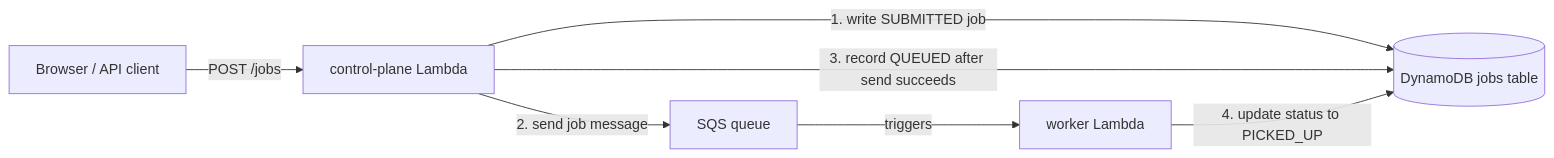
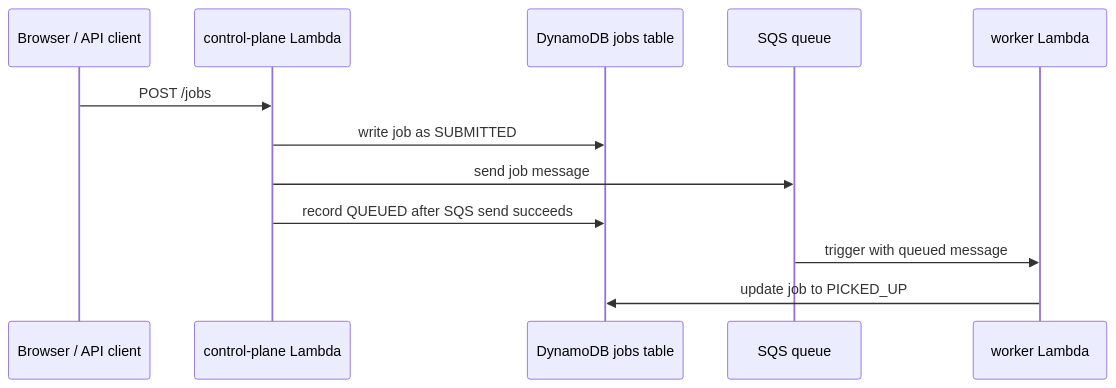
Before and after one commit to abhiverma31/factory-control-plane: the diagram in README.md, drawn with Mermaid.

Commit message:
Use sequence diagram for job flow

````diff
--- a/README.md
+++ b/README.md
@@ -25,15 +25,15 @@
 ```mermaid
-flowchart LR
-    client[Browser / API client]
-    control[control-plane Lambda]
-    queue[SQS queue]
-    worker[worker Lambda]
-    db[(DynamoDB jobs table)]
+sequenceDiagram
+    participant Client as Browser / API client
+    participant Control as control-plane Lambda
+    participant DB as DynamoDB jobs table
+    participant Queue as SQS queue
+    participant Worker as worker Lambda
 
-    client -- "POST /jobs" --> control
-    control -- "1. write SUBMITTED job" --> db
-    control -- "2. send job message" --> queue
-    control -- "3. record QUEUED after send succeeds" --> db
-    queue -- "triggers" --> worker
-    worker -- "4. update status to PICKED_UP" --> db
+    Client->>Control: POST /jobs
+    Control->>DB: write job as SUBMITTED
+    Control->>Queue: send job message
+    Control->>DB: record QUEUED after SQS send succeeds
+    Queue->>Worker: trigger with queued message
+    Worker->>DB: update job to PICKED_UP
 ```
````
